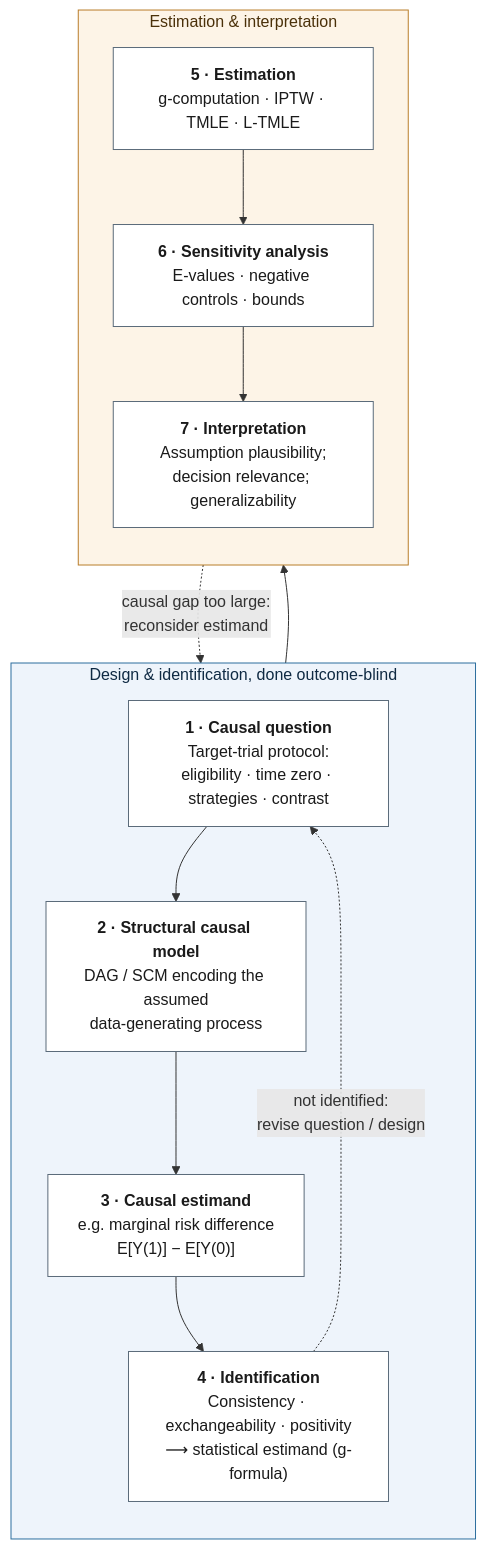
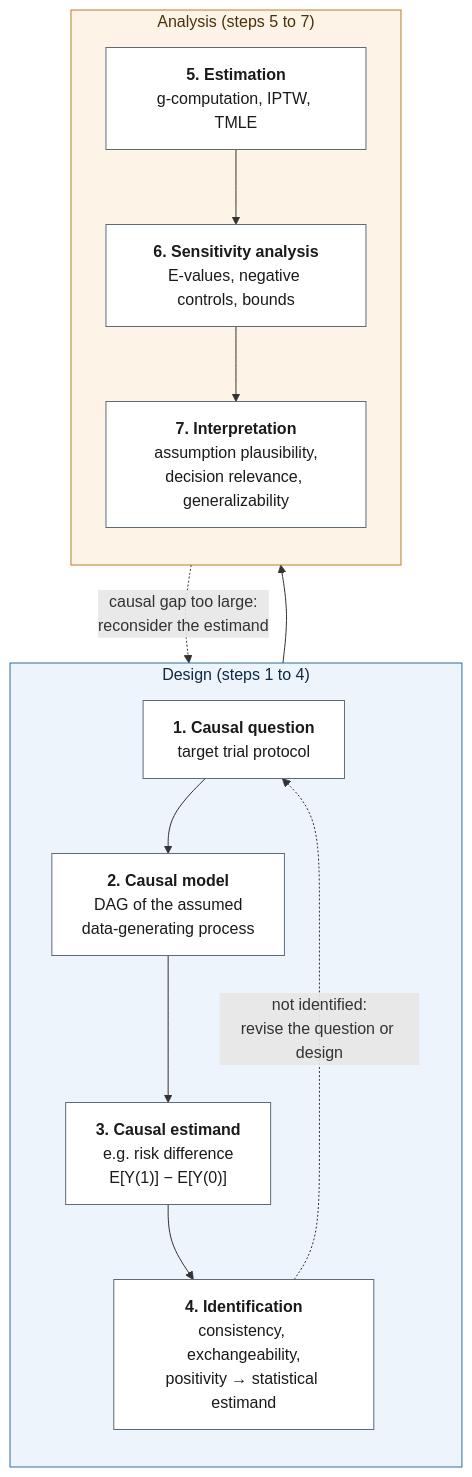
The diagram in 01-02-causal-roadmap.qmd (amertens/causal-learning-handbook), drawn with Mermaid before and after one commit. The commit also changed other lines of this file and 150 other files, not shown here.

````diff
--- a/01-02-causal-roadmap.qmd
+++ b/01-02-causal-roadmap.qmd
@@ -85,27 +83,27 @@
 ```{mermaid}
 %%| label: fig-roadmap-steps
 %%| fig-cap: "The seven-step Causal Roadmap. Steps 1 to 4 are the design and identification phase, ideally completed before the outcome data are unblinded; Steps 5 to 7 are estimation and interpretation. Dashed arrows show the two feedback loops that keep an analysis honest: if the estimand cannot be identified (Step 4) the question or design must be revised, and if sensitivity analysis (Step 6) reveals too large a causal gap the estimand itself may need to be reconsidered."
 flowchart TD
-    subgraph DESIGN ["Design &amp; identification, done outcome-blind"]
+    subgraph DESIGN ["Design (steps 1 to 4)"]
         direction TB
-        S1["<b>1 · Causal question</b><br/>Target-trial protocol:<br/>eligibility · time zero · strategies · contrast"]
-        S2["<b>2 · Structural causal model</b><br/>DAG / SCM encoding the assumed<br/>data-generating process"]
-        S3["<b>3 · Causal estimand</b><br/>e.g. marginal risk difference<br/>E[Y(1)] − E[Y(0)]"]
-        S4["<b>4 · Identification</b><br/>Consistency · exchangeability · positivity<br/>⟶ statistical estimand (g-formula)"]
+        S1["<b>1. Causal question</b><br/>target trial protocol"]
+        S2["<b>2. Causal model</b><br/>DAG of the assumed<br/>data-generating process"]
+        S3["<b>3. Causal estimand</b><br/>e.g. risk difference<br/>E[Y(1)] − E[Y(0)]"]
+        S4["<b>4. Identification</b><br/>consistency, exchangeability,<br/>positivity → statistical estimand"]
         S1 --> S2 --> S3 --> S4
     end
-    subgraph ANALYSIS ["Estimation &amp; interpretation"]
+    subgraph ANALYSIS ["Analysis (steps 5 to 7)"]
         direction TB
-        S5["<b>5 · Estimation</b><br/>g-computation · IPTW · TMLE · L-TMLE"]
-        S6["<b>6 · Sensitivity analysis</b><br/>E-values · negative controls · bounds"]
-        S7["<b>7 · Interpretation</b><br/>Assumption plausibility;<br/>decision relevance; generalizability"]
+        S5["<b>5. Estimation</b><br/>g-computation, IPTW, TMLE"]
+        S6["<b>6. Sensitivity analysis</b><br/>E-values, negative controls, bounds"]
+        S7["<b>7. Interpretation</b><br/>assumption plausibility,<br/>decision relevance, generalizability"]
         S5 --> S6 --> S7
     end
     S4 --> S5
-    S4 -. "not identified:<br/>revise question / design" .-> S1
-    S6 -. "causal gap too large:<br/>reconsider estimand" .-> S3
+    S4 -. "not identified:<br/>revise the question or design" .-> S1
+    S6 -. "causal gap too large:<br/>reconsider the estimand" .-> S3
     style DESIGN fill:#eef4fb,stroke:#2c6e9e,color:#0f2a43
     style ANALYSIS fill:#fdf4e7,stroke:#b97d2a,color:#4a3009
     classDef step fill:#ffffff,stroke:#5b6b7a,color:#1a1a1a
     class S1,S2,S3,S4,S5,S6,S7 step
 ```
````
